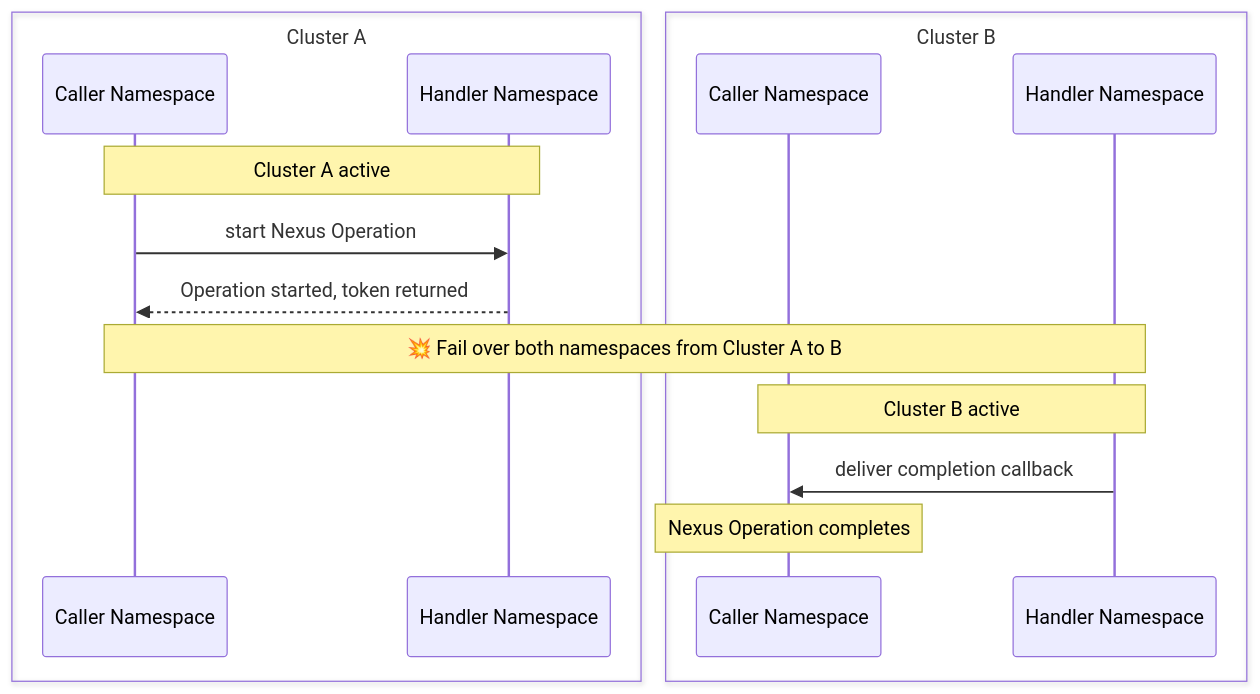
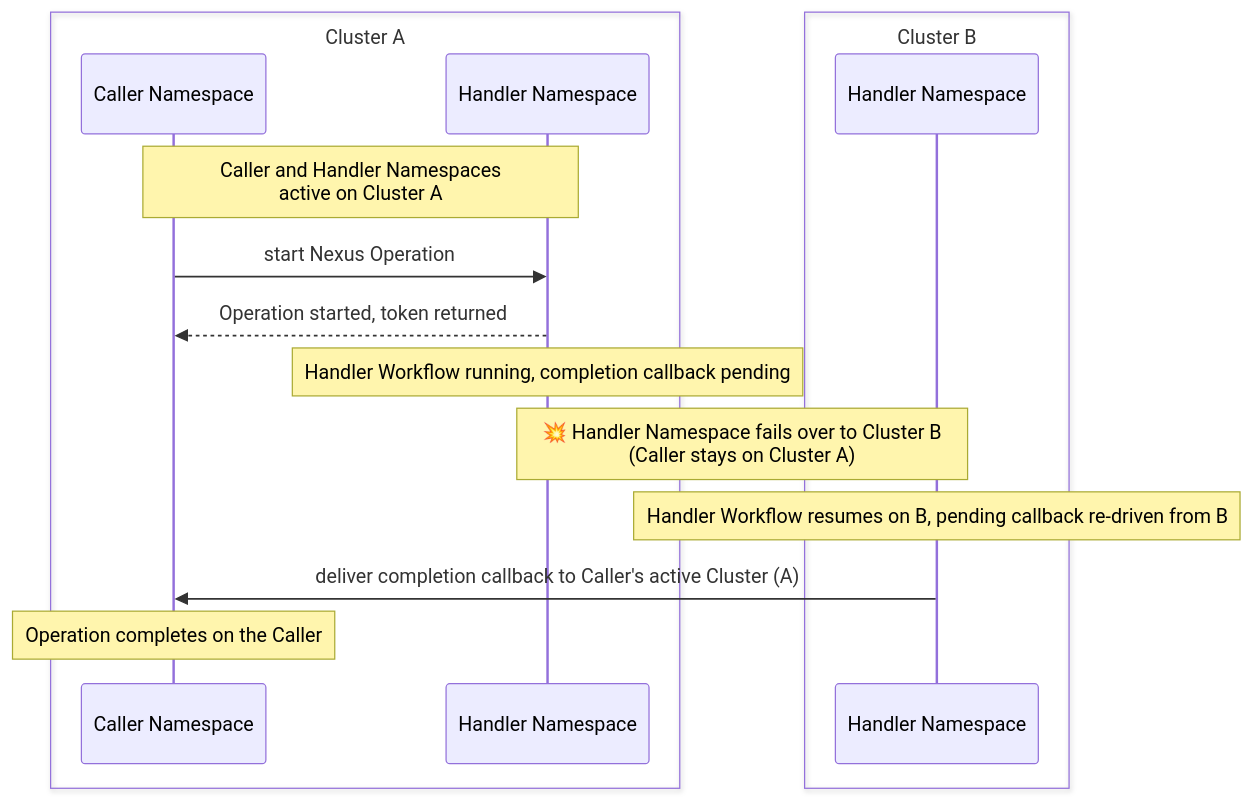
Before and after one commit to temporalio/documentation: the diagram in docs/production-deployment/self-hosted-guide/temporal-nexus.mdx, drawn with Mermaid. The commit also changed other lines of this file, not shown here.

First line of the commit message:
Clarify Nexus failover behavior when the Handler Namespace fails over (#4934)

````diff
--- a/docs/production-deployment/self-hosted-guide/temporal-nexus.mdx
+++ b/docs/production-deployment/self-hosted-guide/temporal-nexus.mdx
@@ -135,18 +146,18 @@
 ```mermaid
 sequenceDiagram
     box Cluster A
     participant caA as Caller Namespace
     participant haA as Handler Namespace
     end
     box Cluster B
-    participant caB as Caller Namespace
     participant haB as Handler Namespace
     end
-    Note over caA,haA: Cluster A active
+    Note over caA,haA: Caller and Handler Namespaces<br/>active on Cluster A
     caA->>haA: start Nexus Operation
     haA-->>caA: Operation started, token returned
-    Note over caA,haB: 💥 Fail over both namespaces from Cluster A to B
-    Note over caB,haB: Cluster B active
-    haB->>caB: deliver completion callback
-    Note over caB: Nexus Operation completes
+    Note over haA: Handler Workflow running, completion callback pending
+    Note over haA,haB: 💥 Handler Namespace fails over to Cluster B<br/>(Caller stays on Cluster A)
+    Note over haB: Handler Workflow resumes on B, pending callback re-driven from B
+    haB->>caA: deliver completion callback to Caller's active Cluster (A)
+    Note over caA: Operation completes on the Caller
 ```
````
